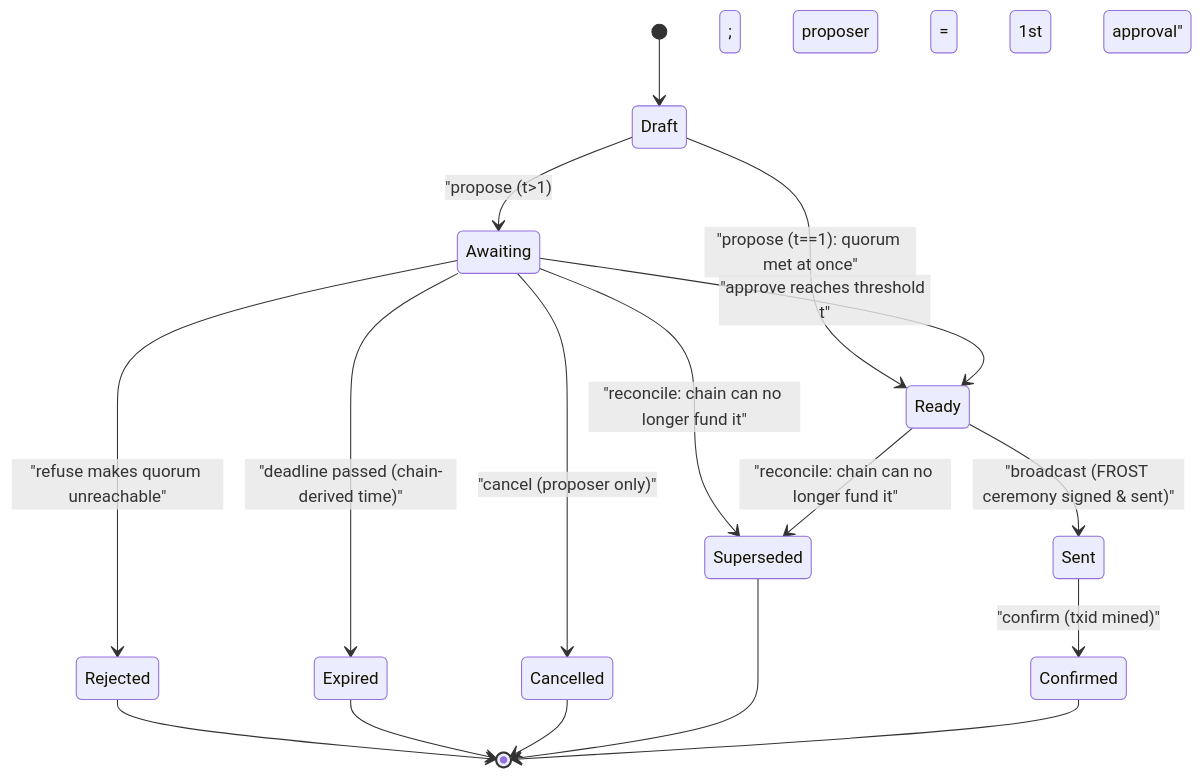
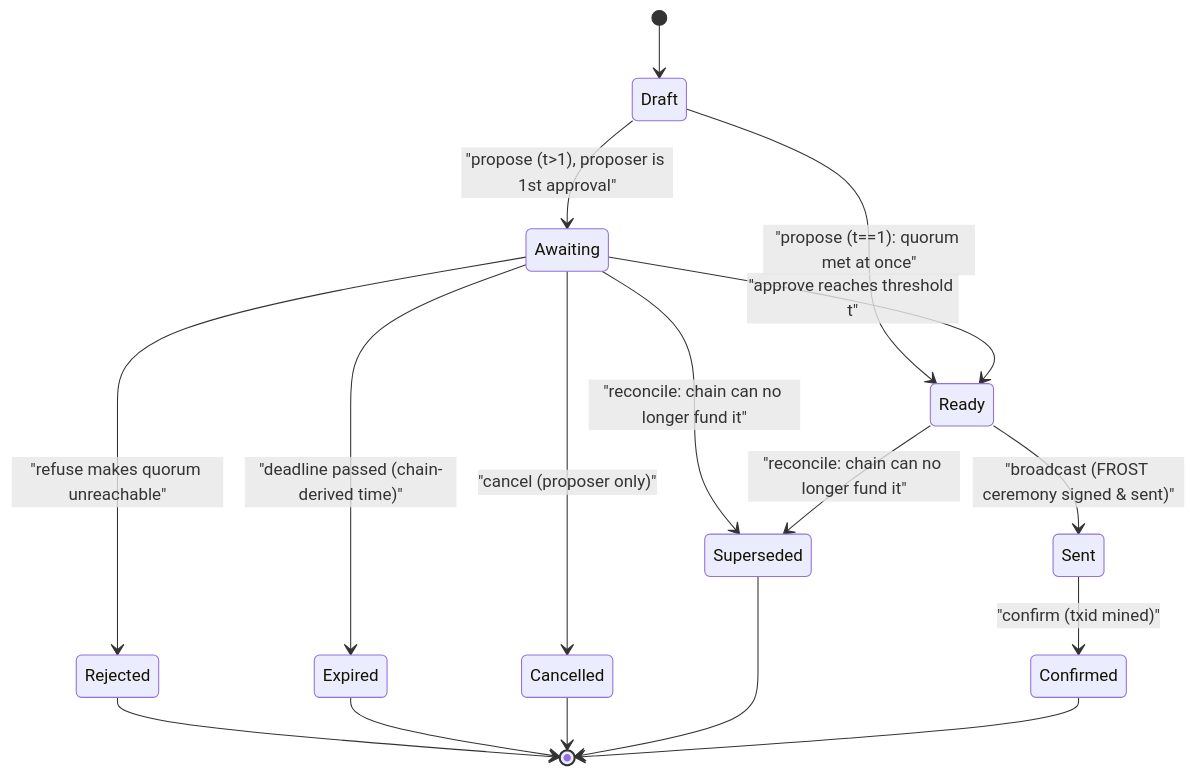
One commit to deegalabs/konclave changed the third of 7 diagrams in docs/GUIDE.md. Above: the diagram before and after it, drawn with Mermaid. The commit also changed 3 other files, not shown here.

````diff
--- a/docs/GUIDE.md
+++ b/docs/GUIDE.md
@@ -270,23 +270,23 @@
 ```mermaid
 stateDiagram-v2
     [*] --> Draft
-    Draft --> Awaiting : "propose (t>1); proposer = 1st approval"
+    Draft --> Awaiting : "propose (t>1), proposer is 1st approval"
     Draft --> Ready : "propose (t==1): quorum met at once"
 
     Awaiting --> Ready : "approve reaches threshold t"
     Awaiting --> Rejected : "refuse makes quorum unreachable"
     Awaiting --> Expired : "deadline passed (chain-derived time)"
     Awaiting --> Cancelled : "cancel (proposer only)"
     Awaiting --> Superseded : "reconcile: chain can no longer fund it"
 
     Ready --> Sent : "broadcast (FROST ceremony signed & sent)"
     Ready --> Superseded : "reconcile: chain can no longer fund it"
 
     Sent --> Confirmed : "confirm (txid mined)"
 
     Rejected --> [*]
     Expired --> [*]
     Cancelled --> [*]
     Superseded --> [*]
     Confirmed --> [*]
 ```
````
